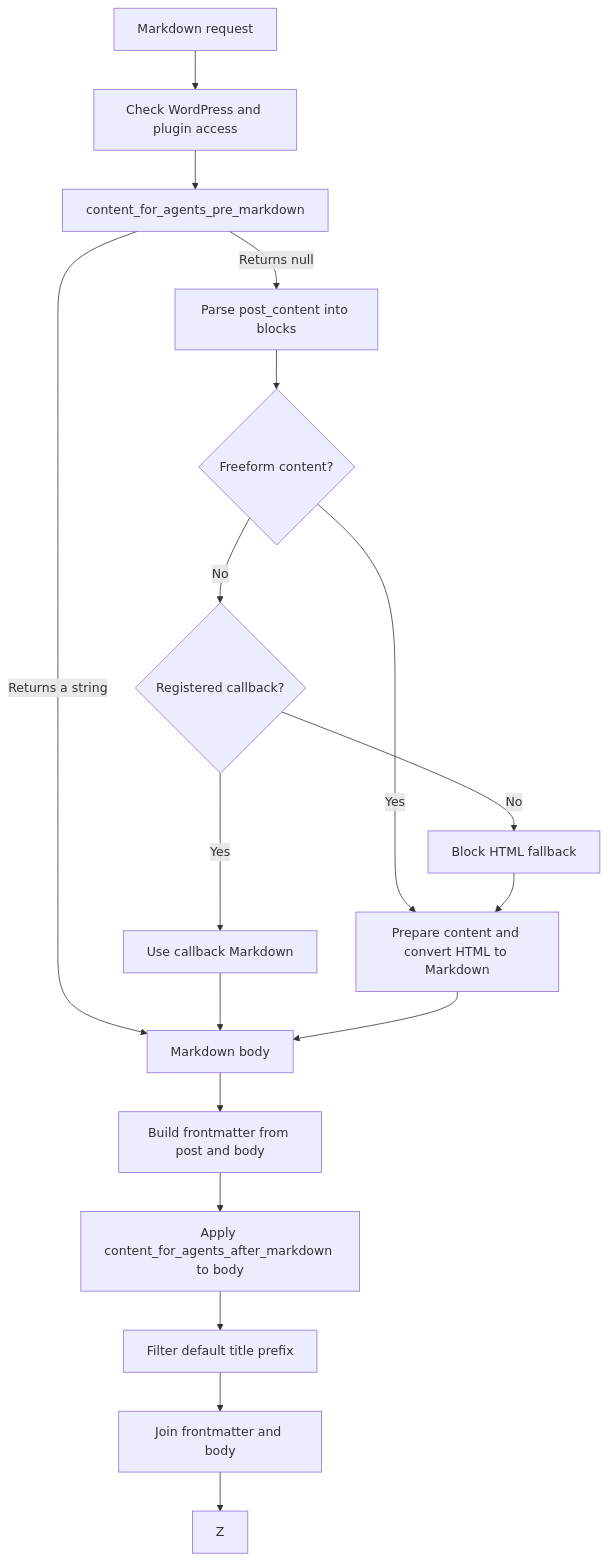
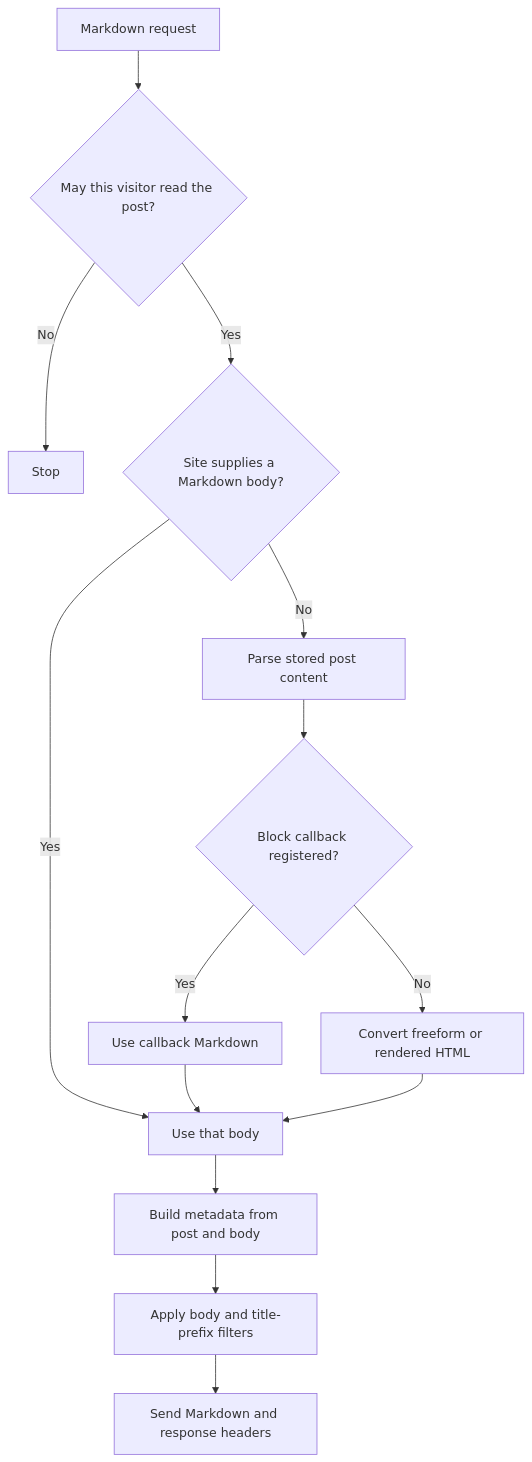
Before and after one commit to Automattic/content-for-agents: the diagram in docs/ARCHITECTURE.md, drawn with Mermaid. The commit also changed other lines of this file and 6 other files, not shown here.

````diff
--- a/docs/ARCHITECTURE.md
+++ b/docs/ARCHITECTURE.md
@@ -8,20 +7,16 @@
 ```mermaid
 flowchart TD
-    A[Markdown request] --> B[Check WordPress and plugin access]
-    B --> D[content_for_agents_pre_markdown]
-    D -- Returns a string --> J[Markdown body]
-    D -- Returns null --> E[Parse post_content into blocks]
-    E --> F{Freeform content?}
-    F -- Yes --> I[Prepare content and convert HTML to Markdown]
-    F -- No --> K{Registered callback?}
-    K -- Yes --> S[Use callback Markdown]
-    K -- No --> L[Block HTML fallback]
-    L --> I
-    S --> J
-    I --> J
-    J --> M[Build frontmatter from post and body]
-    M --> N[Apply content_for_agents_after_markdown to body]
-    N --> O[Filter default title prefix]
-    O --> P[Join frontmatter and body]
-    P --> Z
+    A[Markdown request] --> B{May this visitor read the post?}
+    B -- No --> X[Stop]
+    B -- Yes --> C{Site supplies a Markdown body?}
+    C -- Yes --> G[Use that body]
+    C -- No --> D[Parse stored post content]
+    D --> E{Block callback registered?}
+    E -- Yes --> F[Use callback Markdown]
+    E -- No --> H[Convert freeform or rendered HTML]
+    F --> G
+    H --> G
+    G --> I[Build metadata from post and body]
+    I --> J[Apply body and title-prefix filters]
+    J --> K[Send Markdown and response headers]
 ```
````
